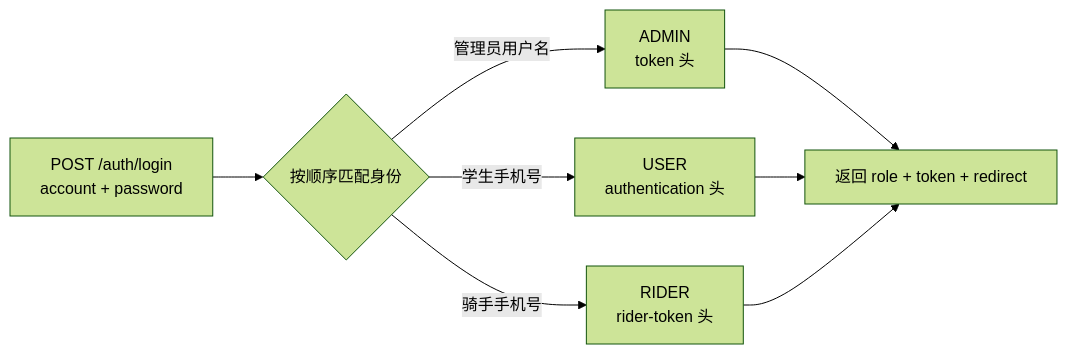
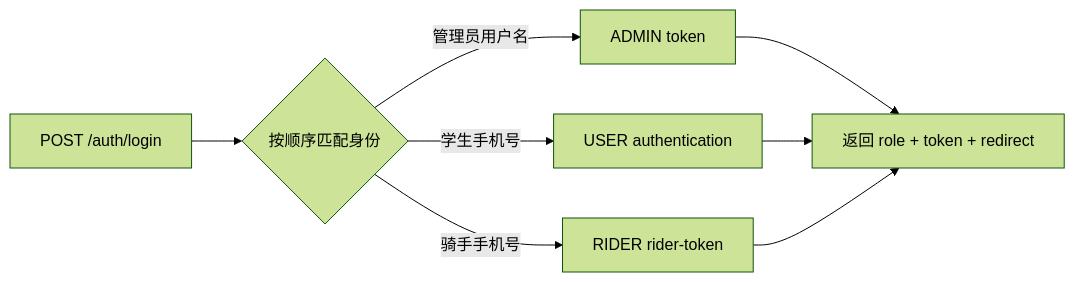
One commit to wangzhihao-dev06/campus-express changed the second of 3 diagrams in README.md. Above: the diagram before and after it, drawn with Mermaid (forest theme). The commit also changed other lines of this file, not shown here.

Commit message:
fix: use mermaid syntax compatible with GitHub renderer

````diff
--- a/README.md
+++ b/README.md
@@ -68,10 +64,10 @@
 ```mermaid
 flowchart LR
-    A["POST /auth/login<br/>account + password"] --> B{"按顺序匹配身份"}
-    B -->|"管理员用户名"| C["ADMIN<br/>token 头"]
-    B -->|"学生手机号"| D["USER<br/>authentication 头"]
-    B -->|"骑手手机号"| E["RIDER<br/>rider-token 头"]
+    A["POST /auth/login"] --> B{"按顺序匹配身份"}
+    B -->|管理员用户名| C["ADMIN token"]
+    B -->|学生手机号| D["USER authentication"]
+    B -->|骑手手机号| E["RIDER rider-token"]
     C --> F["返回 role + token + redirect"]
     D --> F
     E --> F
 ```
````
